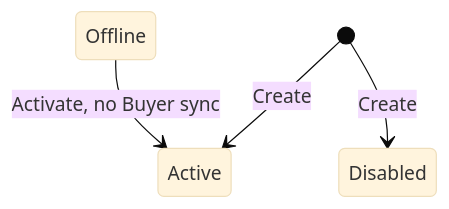
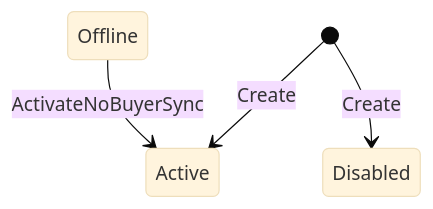
The diagram in developer-resources/rest-api/accounts-api/seller/state-diagram.md (mikhailtchesnokov/gitbook), drawn with Mermaid (base theme) before and after one commit. The commit also changed 151 other files, not shown here.

````diff
--- a/developer-resources/rest-api/accounts-api/seller/state-diagram.md
+++ b/developer-resources/rest-api/accounts-api/seller/state-diagram.md
@@ -13,6 +13,6 @@
 ```mermaid
 stateDiagram-v2
     [*] --> Active : Create
     [*] --> Disabled : Create
-    Offline --> Active : Activate, no Buyer sync
+    Offline --> Active : ActivateNoBuyerSync
 ```
````
